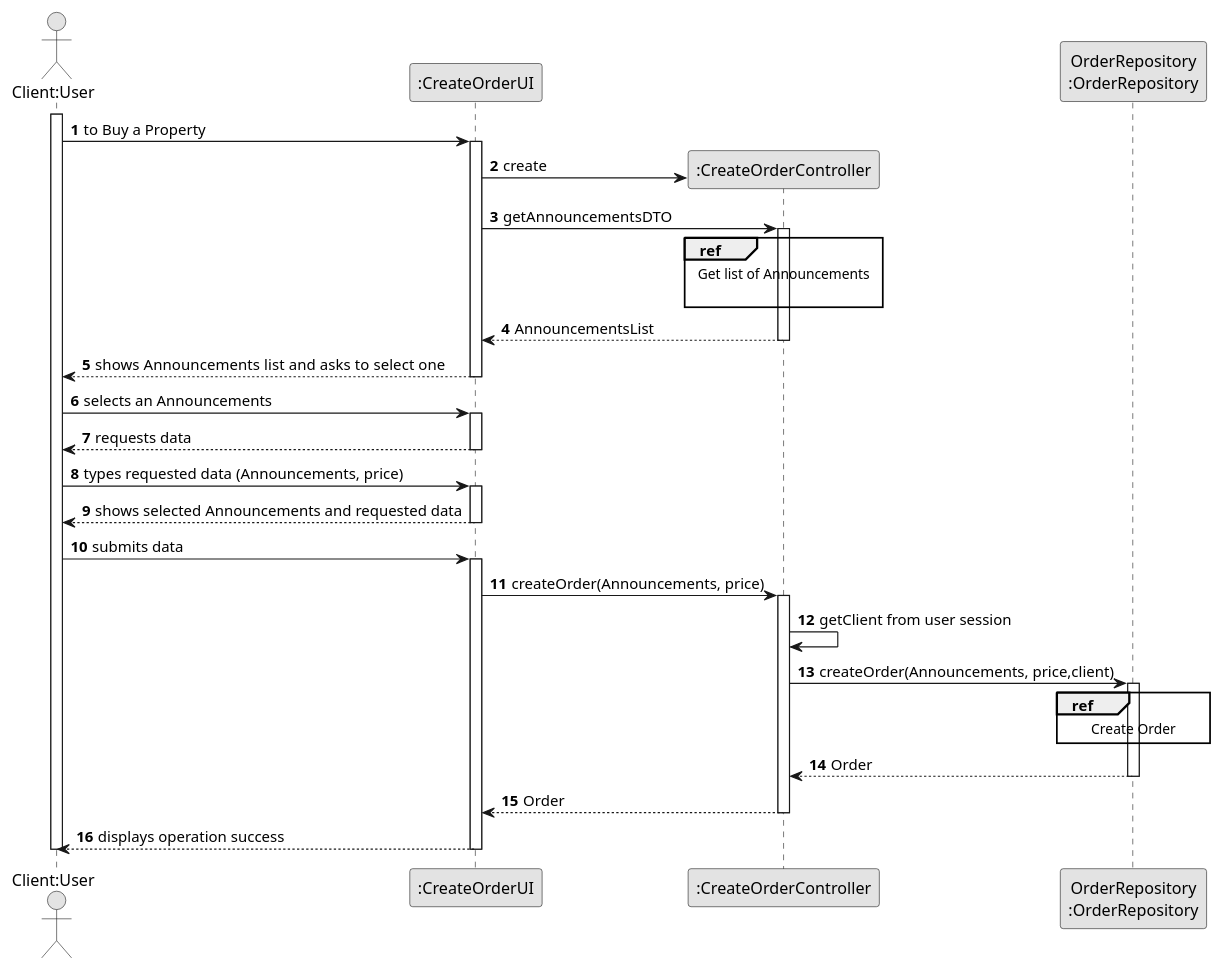
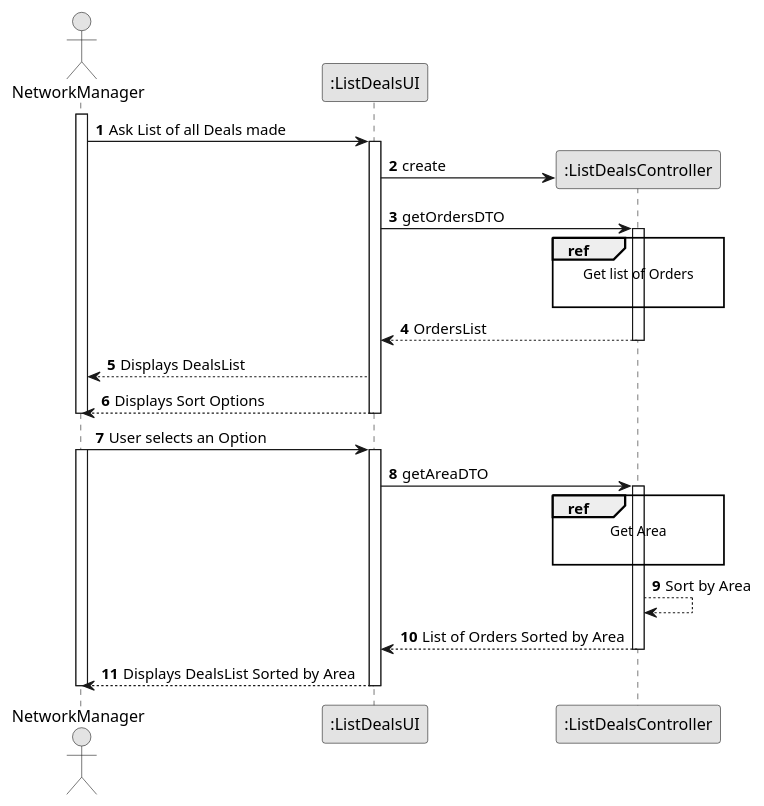
One commit to hugosilva2901/lei-22-s2-1DO-g68 changed the diagram in lei-22-s2-1do-g68/docs/SprintD/us017/03.design/puml/us010-sequence-diagram-split.puml. Above: the diagram before and after it, drawn with PlantUML. The commit also changed 3 other files, not shown here.

```diff
--- a/lei-22-s2-1do-g68/docs/SprintD/us017/03.design/puml/us010-sequence-diagram-split.puml
+++ b/lei-22-s2-1do-g68/docs/SprintD/us017/03.design/puml/us010-sequence-diagram-split.puml
@@ -1,66 +1,56 @@
 @startuml
 skinparam monochrome true
 skinparam packageStyle rectangle
 skinparam shadowing false
 
 autonumber
 
 'hide footbox
-actor "Client:User" as CL
-participant ":CreateOrderUI" as UI
-participant ":CreateOrderController" as CTRL
-participant "OrderRepository\n:OrderRepository" as ORD
+actor "NetworkManager" as nm
+participant ":ListDealsUI" as UI
+participant ":ListDealsController" as CTRL
 
-activate CL
 
-    CL -> UI :  to Buy a Property
+activate nm
+
+    nm -> UI :  Ask List of all Deals made
 
     activate UI
 
         UI -> CTRL** : create
-        UI -> CTRL : getAnnouncementsDTO
+        UI -> CTRL : getOrdersDTO
 
         ref over CTRL
-            Get list of Announcements
+            Get list of Orders
 
         end ref
 
         activate CTRL
 
-            CTRL --> UI : AnnouncementsList
+            CTRL --> UI : OrdersList
         deactivate CTRL
 
-        UI --> CL : shows  Announcements list and asks to select one
-    deactivate UI
-    CL -> UI : selects an Announcements
+            UI --> nm : Displays DealsList
 
+            UI --> nm : Displays Sort Options
+       deactivate UI
+       deactivate nm
+
+    nm -> UI : User selects an Option
+        activate nm
         activate UI
 
-            UI --> CL : requests data
+            UI -> CTRL : getAreaDTO
+            activate CTRL
+
+            ref over CTRL
+                Get Area
+
+            end ref
+        CTRL --> CTRL: Sort by Area
+        CTRL --> UI: List of Orders Sorted by Area
+        deactivate CTRL
+        UI-->nm: Displays DealsList Sorted by Area
         deactivate UI
-        CL -> UI : types requested data (Announcements, price)
-        activate UI
-
-        UI --> CL : shows selected Announcements and requested data
-        deactivate UI
-        CL -> UI : submits data
-     activate UI
-
-     UI -> CTRL : createOrder(Announcements, price)
-    activate CTRL
-    CTRL -> CTRL : getClient from user session
-
-      CTRL -> ORD: createOrder(Announcements, price,client)
-                 activate ORD
-                     ref over ORD
-                         Create Order
-                     end
-                     ORD --> CTRL : Order
-                 deactivate ORD
-            CTRL --> UI: Order
-              deactivate CTRL
-              UI --> CL: displays operation success
-      deactivate UI
-deactivate CL
-
+        deactivate nm
 @enduml
```
